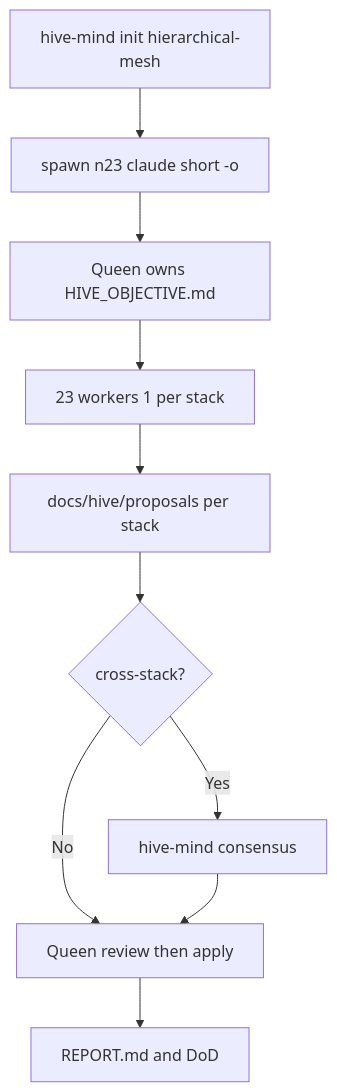
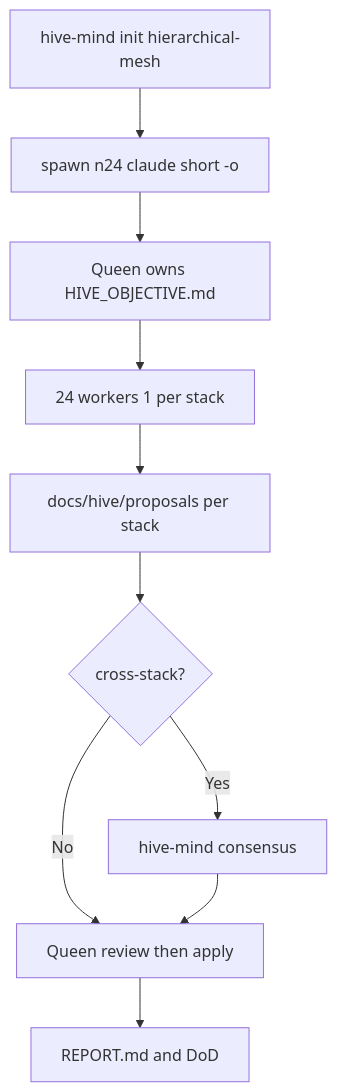
The diagram in HIVE_OBJECTIVE.md (ofayese/dockge-ots), drawn with Mermaid before and after one commit. The commit also changed other lines of this file and 13 other files, not shown here.

````diff
--- a/HIVE_OBJECTIVE.md
+++ b/HIVE_OBJECTIVE.md
@@ -136,12 +136,12 @@
 ```mermaid
 flowchart TD
-  Init[hive-mind init hierarchical-mesh] --> Spawn[spawn n23 claude short -o]
+  Init[hive-mind init hierarchical-mesh] --> Spawn[spawn n24 claude short -o]
   Spawn --> Queen[Queen owns HIVE_OBJECTIVE.md]
-  Queen --> Fan[23 workers 1 per stack]
+  Queen --> Fan[24 workers 1 per stack]
   Fan --> P[docs/hive/proposals per stack]
   P --> X{cross-stack?}
   X -->|No| Apply[Queen review then apply]
   X -->|Yes| Cons[hive-mind consensus]
   Cons --> Apply
   Apply --> Close[REPORT.md and DoD]
 ```
````
